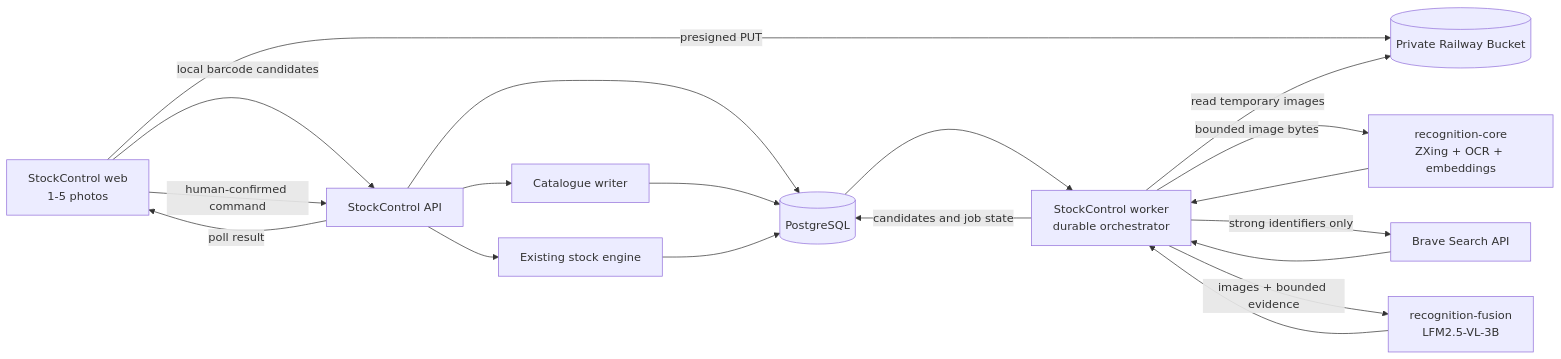
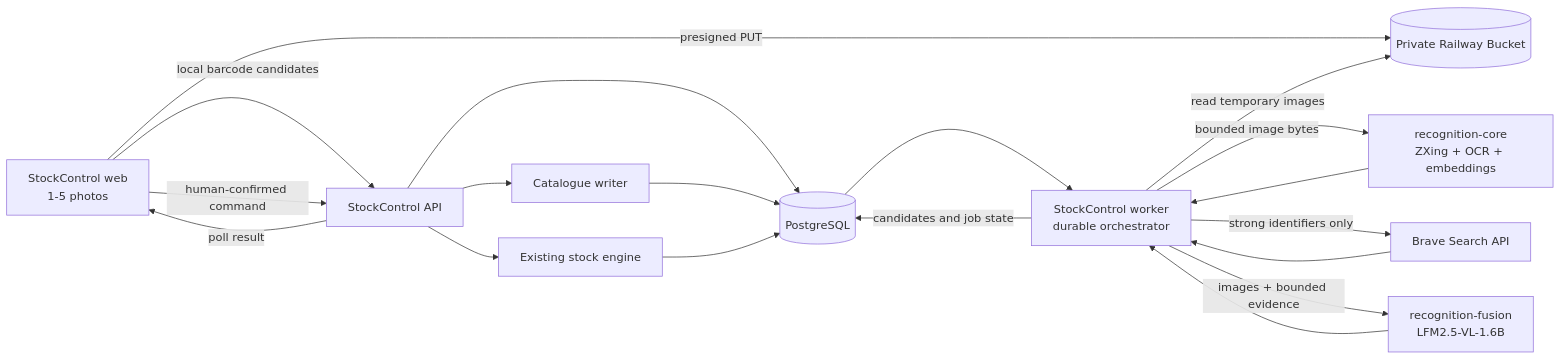
One commit to TheCharlesChristy/StockControl changed the diagram in docs/stock-capture-technical-spec.md. Above: the diagram before and after it, drawn with Mermaid. The commit also changed other lines of this file and 5 other files, not shown here.

Commit message:
Switch staging fusion to LFM2.5-VL-1.6B

````diff
--- a/docs/stock-capture-technical-spec.md
+++ b/docs/stock-capture-technical-spec.md
@@ -191,21 +191,21 @@
 ```mermaid
 flowchart LR
     Browser[StockControl web<br/>1-5 photos] -->|local barcode candidates| API[StockControl API]
     Browser -->|presigned PUT| Bucket[(Private Railway Bucket)]
     API --> DB[(PostgreSQL)]
     DB --> Worker[StockControl worker<br/>durable orchestrator]
     Worker -->|read temporary images| Bucket
     Worker -->|bounded image bytes| Core[recognition-core<br/>ZXing + OCR + embeddings]
     Worker -->|strong identifiers only| Brave[Brave Search API]
-    Worker -->|images + bounded evidence| Fusion[recognition-fusion<br/>LFM2.5-VL-3B]
+    Worker -->|images + bounded evidence| Fusion[recognition-fusion<br/>LFM2.5-VL-1.6B]
     Core --> Worker
     Brave --> Worker
     Fusion --> Worker
     Worker -->|candidates and job state| DB
     API -->|poll result| Browser
     Browser -->|human-confirmed command| API
     API --> Catalogue[Catalogue writer]
     API --> Stock[Existing stock engine]
     Catalogue --> DB
     Stock --> DB
 ```
````
